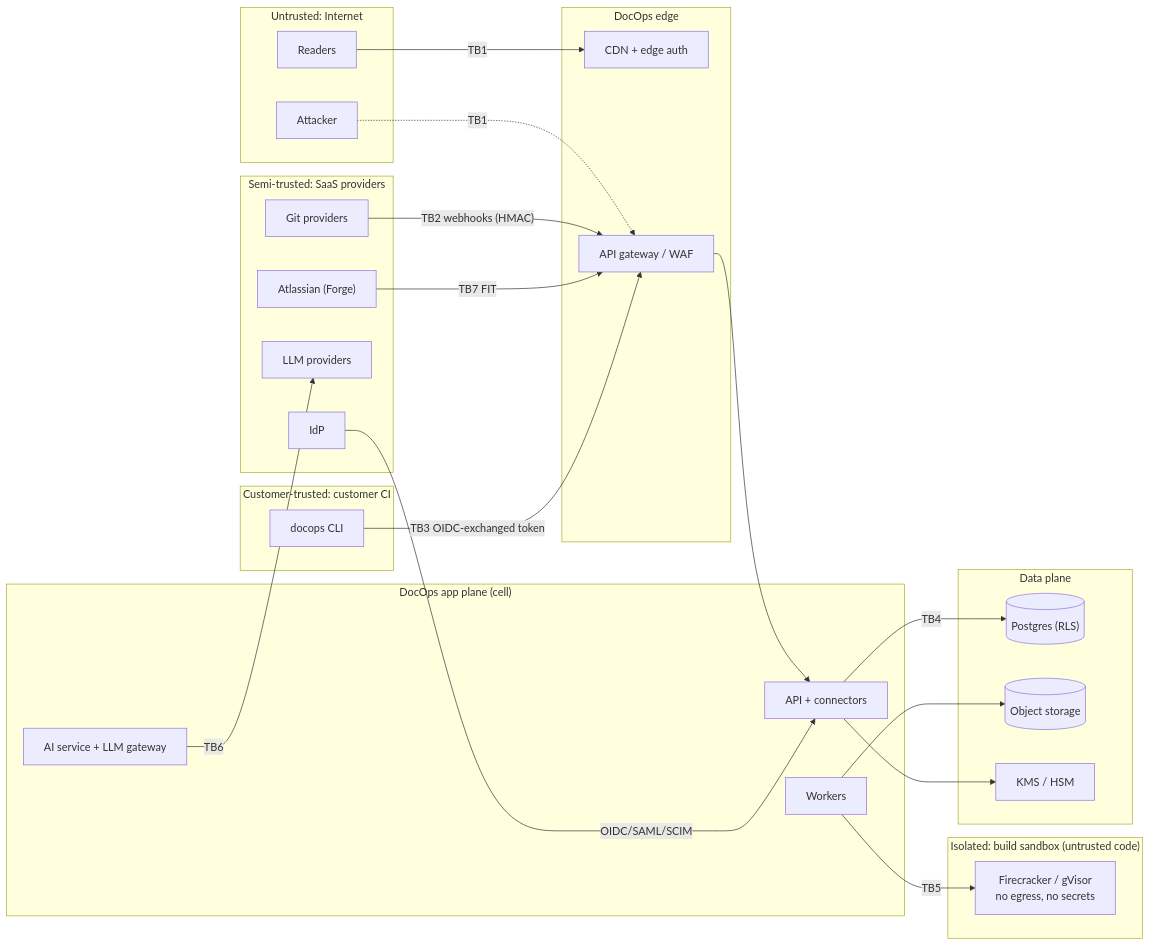
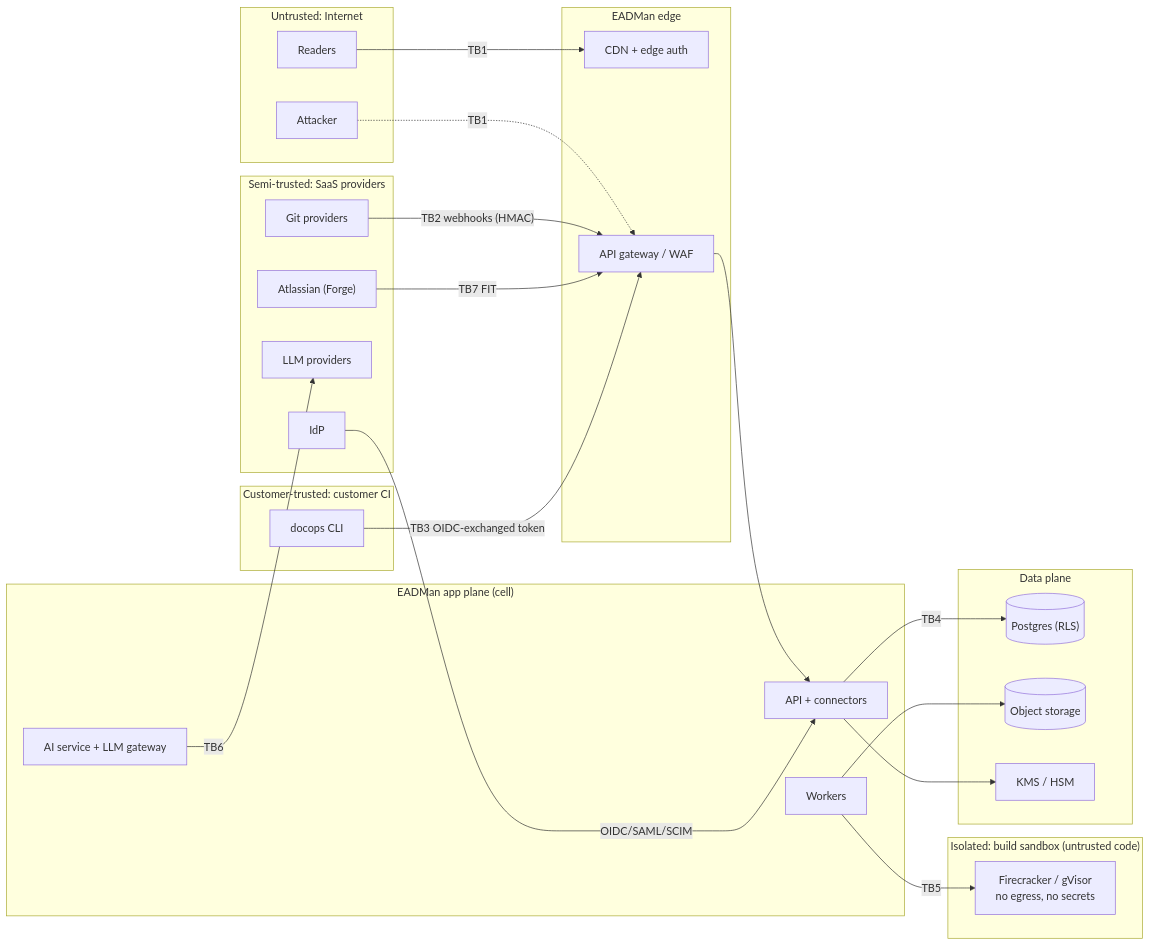
One commit to mdzaman/eadman changed the diagram in docs/08-security-compliance.md. Above: the diagram before and after it, drawn with Mermaid. The commit also changed other lines of this file and 70 other files, not shown here.

````diff
--- a/docs/08-security-compliance.md
+++ b/docs/08-security-compliance.md
@@ -24,45 +24,45 @@
 ```mermaid
 flowchart LR
   subgraph internet["Untrusted: Internet"]
     reader["Readers"]
     attacker["Attacker"]
   end
   subgraph providers["Semi-trusted: SaaS providers"]
     gh["Git providers"]
     atl["Atlassian (Forge)"]
     llm["LLM providers"]
     idp["IdP"]
   end
   subgraph custci["Customer-trusted: customer CI"]
     cli["docops CLI"]
   end
-  subgraph edge["DocOps edge"]
+  subgraph edge["EADMan edge"]
     cdn["CDN + edge auth"]
     gw["API gateway / WAF"]
   end
-  subgraph app["DocOps app plane (cell)"]
+  subgraph app["EADMan app plane (cell)"]
     api["API + connectors"]
     w["Workers"]
     ai["AI service + LLM gateway"]
   end
   subgraph sandbox["Isolated: build sandbox (untrusted code)"]
     sb["Firecracker / gVisor<br/>no egress, no secrets"]
   end
   subgraph data["Data plane"]
     pg[("Postgres (RLS)")]
     obj[("Object storage")]
     kms["KMS / HSM"]
   end
   reader -- "TB1" --> cdn
   attacker -. "TB1" .-> gw
   gh -- "TB2 webhooks (HMAC)" --> gw
   atl -- "TB7 FIT" --> gw
   cli -- "TB3 OIDC-exchanged token" --> gw
   gw --> api
   api -- "TB4" --> pg
   w -- "TB5" --> sb
   ai -- "TB6" --> llm
   idp -- "OIDC/SAML/SCIM" --> api
   w --> obj
   api --> kms
 ```
````
